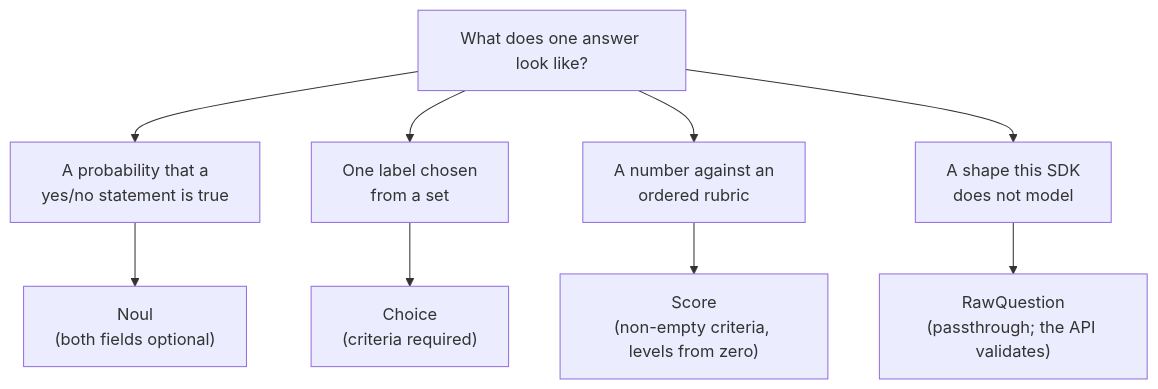
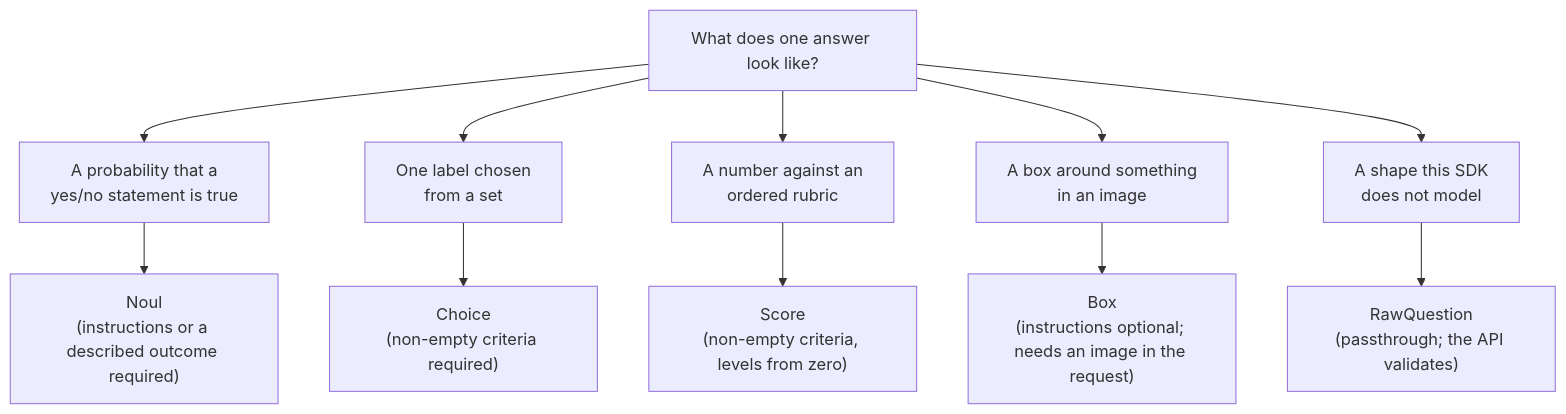
One commit to captain-corgi/typesafe-sdk-go changed the diagram in docs/getting-started.md. Above: the diagram before and after it, drawn with Mermaid. The commit also changed other lines of this file and 41 other files, not shown here.

````diff
--- a/docs/getting-started.md
+++ b/docs/getting-started.md
@@ -76,11 +77,13 @@
 ```mermaid
 flowchart TD
     q["What does one answer look like?"] --> c1["A probability that a<br>yes/no statement is true"]
     q --> c2["One label chosen<br>from a set"]
     q --> c3["A number against an<br>ordered rubric"]
+    q --> c5["A box around something<br>in an image"]
     q --> c4["A shape this SDK<br>does not model"]
-    c1 --> t1["Noul<br>(both fields optional)"]
-    c2 --> t2["Choice<br>(criteria required)"]
+    c1 --> t1["Noul<br>(instructions or a described outcome required)"]
+    c2 --> t2["Choice<br>(non-empty criteria required)"]
     c3 --> t3["Score<br>(non-empty criteria, levels from zero)"]
+    c5 --> t5["Box<br>(instructions optional; needs an image in the request)"]
     c4 --> t4["RawQuestion<br>(passthrough; the API validates)"]
 ```
````
